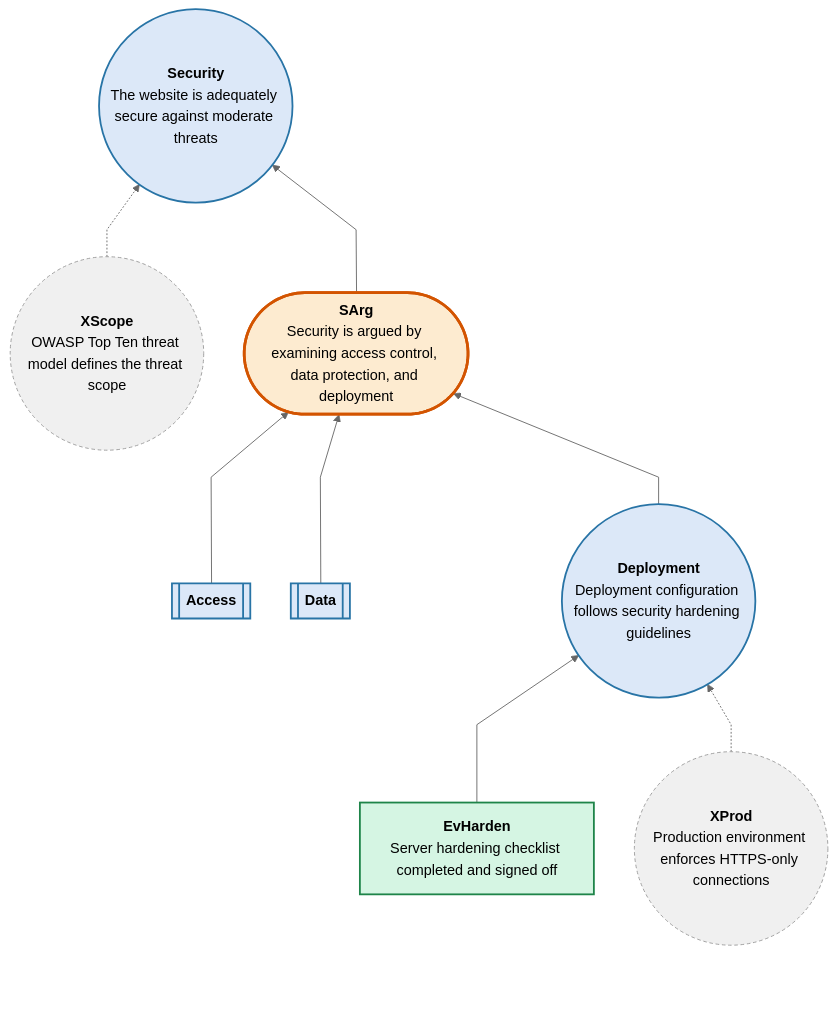
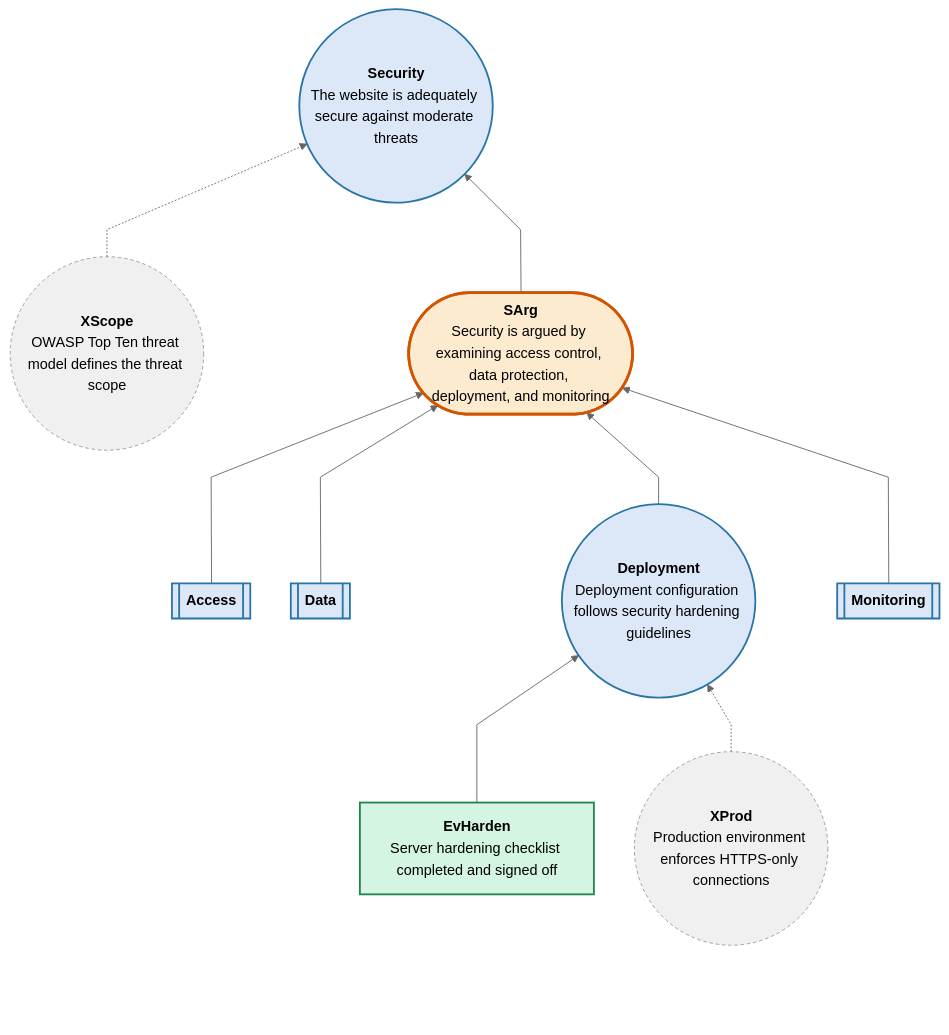
Before and after one commit to david-a-wheeler/caseproc: the ninth of 12 diagrams in tests/fixtures/demo-output.expected.md, drawn with Mermaid. The commit also changed other lines of this file and 3 other files, not shown here.

````diff
--- a/tests/fixtures/demo-output.expected.md
+++ b/tests/fixtures/demo-output.expected.md
@@ -407,52 +560,56 @@
 ```mermaid
 ---
 config:
   theme: neutral
   flowchart:
     curve: linear
     htmlLabels: true
     rankSpacing: 60
     nodeSpacing: 45
     padding: 15
 ---
 flowchart BT
     classDef invisible        opacity:0
     classDef connector        fill:none,stroke:#cccccc,stroke-width:1px
     classDef caeClaimClass    fill:#dce8f8,stroke:#2874a6,stroke-width:2px,color:#000
     classDef caeArgClass      fill:#fdebd0,stroke:#d35400,stroke-width:3px,color:#000
     classDef caeEvidClass     fill:#d5f5e3,stroke:#1e8449,stroke-width:2px,color:#000
     classDef caeInfoClass     fill:#f0f0f0,stroke:#999999,stroke-width:1px,stroke-dasharray:4 3,color:#000
     classDef caeAssumedClass  fill:#e8daef,stroke:#76448a,stroke-width:2px,stroke-dasharray:4 3,color:#000
     classDef caeSideClass     fill:#d6eaf8,stroke:#1a5276,stroke-width:2px,color:#000
     classDef caeDefeaterClass fill:#fadbd8,stroke:#c0392b,stroke-width:4px,color:#000
     classDef abstractClaim    stroke-width:2px,stroke-dasharray:5 5
     Security(("<b>Security</b><br>The website is adequately secure against moderate threats")):::caeClaimClass
     XScope(("<b>XScope</b><br>OWASP Top Ten threat model defines the threat scope")):::caeInfoClass
-    SArg(["<b>SArg</b><br>Security is argued by examining access control, data protection, and deployment"]):::caeArgClass
+    SArg(["<b>SArg</b><br>Security is argued by examining access control, data protection, deployment, and monitoring"]):::caeArgClass
     Access[["<b>Access</b>"]]:::caeClaimClass
     Data[["<b>Data</b>"]]:::caeClaimClass
     Deployment(("<b>Deployment</b><br>Deployment configuration follows security hardening guidelines")):::caeClaimClass
+    Monitoring[["<b>Monitoring</b>"]]:::caeClaimClass
     EvHarden["<b>EvHarden</b><br>Server hardening checklist completed and signed off"]:::caeEvidClass
     XProd(("<b>XProd</b><br>Production environment enforces HTTPS-only connections")):::caeInfoClass
     click Security "https://github.com/david-a-wheeler/verocase/blob/main/tests/fixtures/demo-output.expected.md#claim-security"
     click XScope "https://github.com/david-a-wheeler/verocase/blob/main/tests/fixtures/demo-output.expected.md#context-xscope"
     click SArg "https://github.com/david-a-wheeler/verocase/blob/main/tests/fixtures/demo-output.expected.md#strategy-sarg"
     click Access "https://github.com/david-a-wheeler/verocase/blob/main/tests/fixtures/demo-output.expected.md#package-access"
     click Data "https://github.com/david-a-wheeler/verocase/blob/main/tests/fixtures/demo-output.expected.md#package-data"
     click Deployment "https://github.com/david-a-wheeler/verocase/blob/main/tests/fixtures/demo-output.expected.md#claim-deployment"
+    click Monitoring "https://github.com/david-a-wheeler/verocase/blob/main/tests/fixtures/demo-output.expected.md#package-monitoring"
     click EvHarden "https://github.com/david-a-wheeler/verocase/blob/main/tests/fixtures/demo-output.expected.md#evidence-evharden"
     click XProd "https://github.com/david-a-wheeler/verocase/blob/main/tests/fixtures/demo-output.expected.md#context-xprod"
 
     BottomPadding[ ]:::invisible ~~~ XScope
     BottomPadding ~~~ Access
     BottomPadding ~~~ Data
+    BottomPadding ~~~ Monitoring
     BottomPadding ~~~ EvHarden
     BottomPadding ~~~ XProd
     XScope -.-> Security
     Access --> SArg
     Data --> SArg
     EvHarden --> Deployment
     XProd -.-> Deployment
     Deployment --> SArg
+    Monitoring --> SArg
     SArg --> Security
 ```
````
